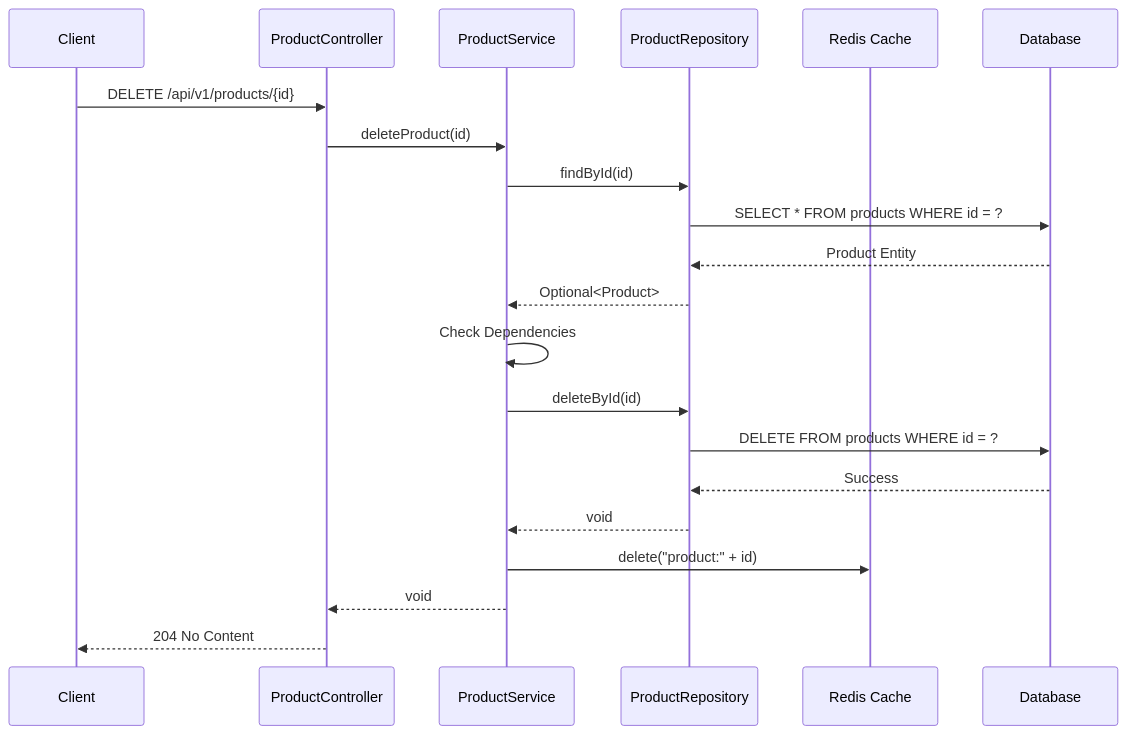
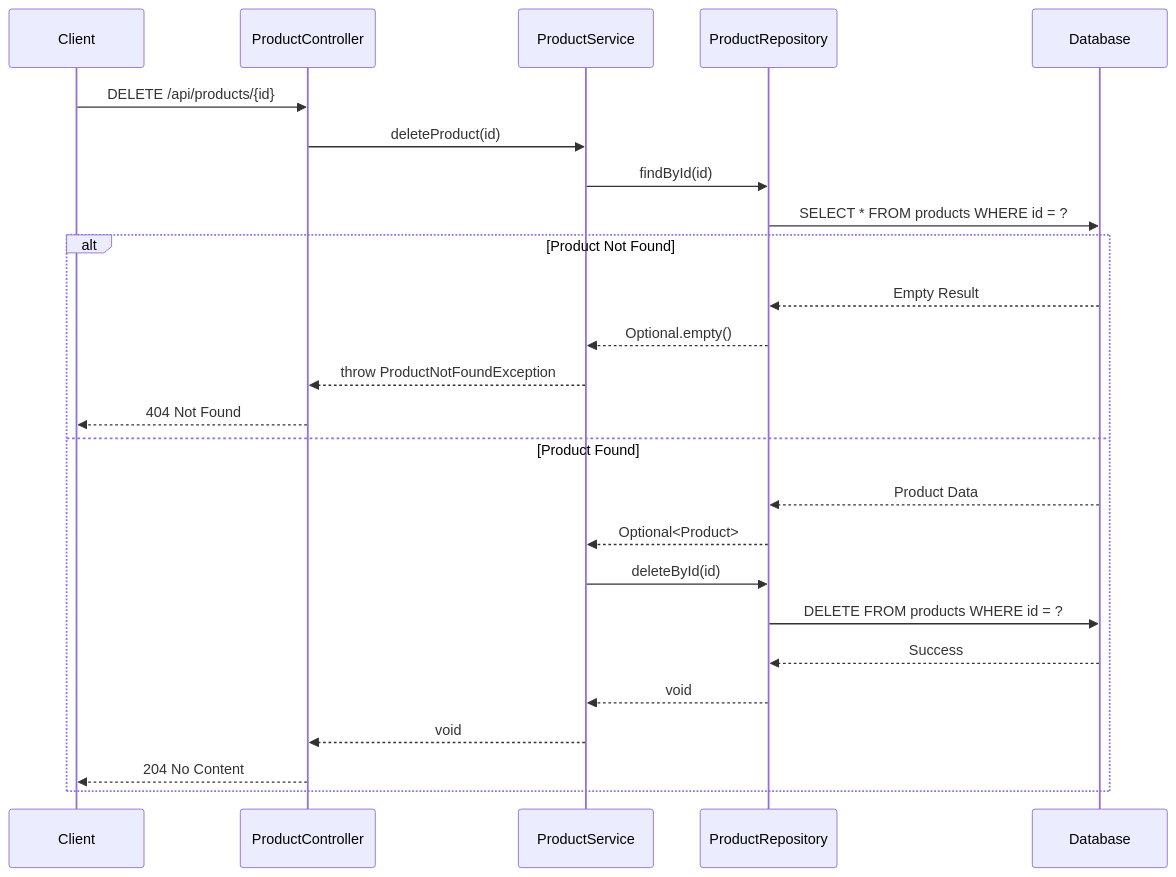
One commit to NavneetBN47/aava-ecom-demo changed diagram 13 of 26 in docs/LLD/modified_lld.md. Above: the diagram before and after it, drawn with Mermaid. The commit also changed other lines of this file, not shown here.

````diff
--- a/docs/LLD/modified_lld.md
+++ b/docs/LLD/modified_lld.md
@@ -987,24 +1456,29 @@
 ```mermaid
 sequenceDiagram
     participant Client
-    participant Controller as ProductController
-    participant Service as ProductService
-    participant Repository as ProductRepository
-    participant Cache as Redis Cache
-    participant DB as Database
+    participant ProductController
+    participant ProductService
+    participant ProductRepository
+    participant Database
     
-    Client->>Controller: DELETE /api/v1/products/{id}
-    Controller->>Service: deleteProduct(id)
-    Service->>Repository: findById(id)
-    Repository->>DB: SELECT * FROM products WHERE id = ?
-    DB-->>Repository: Product Entity
-    Repository-->>Service: Optional<Product>
-    Service->>Service: Check Dependencies
-    Service->>Repository: deleteById(id)
-    Repository->>DB: DELETE FROM products WHERE id = ?
-    DB-->>Repository: Success
-    Repository-->>Service: void
-    Service->>Cache: delete("product:" + id)
-    Service-->>Controller: void
-    Controller-->>Client: 204 No Content
+    Client->>ProductController: DELETE /api/products/{id}
+    ProductController->>ProductService: deleteProduct(id)
+    ProductService->>ProductRepository: findById(id)
+    ProductRepository->>Database: SELECT * FROM products WHERE id = ?
+    
+    alt Product Not Found
+        Database-->>ProductRepository: Empty Result
+        ProductRepository-->>ProductService: Optional.empty()
+        ProductService-->>ProductController: throw ProductNotFoundException
+        ProductController-->>Client: 404 Not Found
+    else Product Found
+        Database-->>ProductRepository: Product Data
+        ProductRepository-->>ProductService: Optional<Product>
+        ProductService->>ProductRepository: deleteById(id)
+        ProductRepository->>Database: DELETE FROM products WHERE id = ?
+        Database-->>ProductRepository: Success
+        ProductRepository-->>ProductService: void
+        ProductService-->>ProductController: void
+        ProductController-->>Client: 204 No Content
+    end
 ```
````
